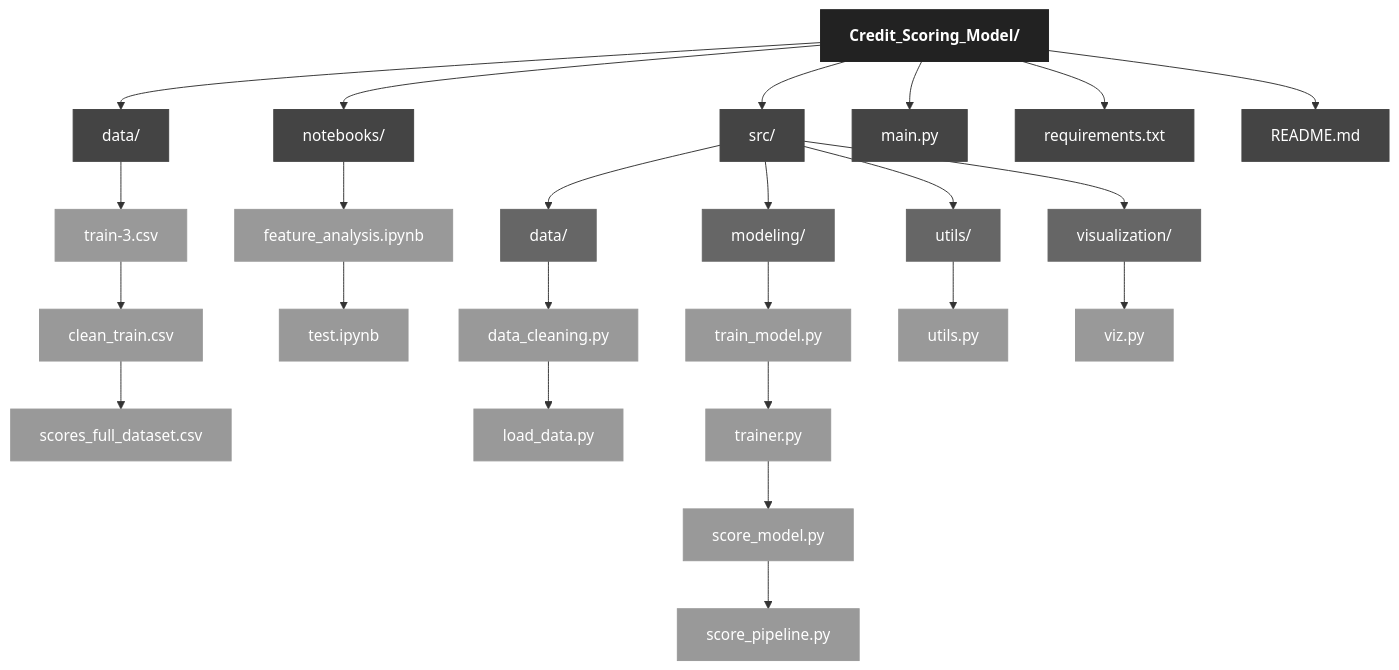
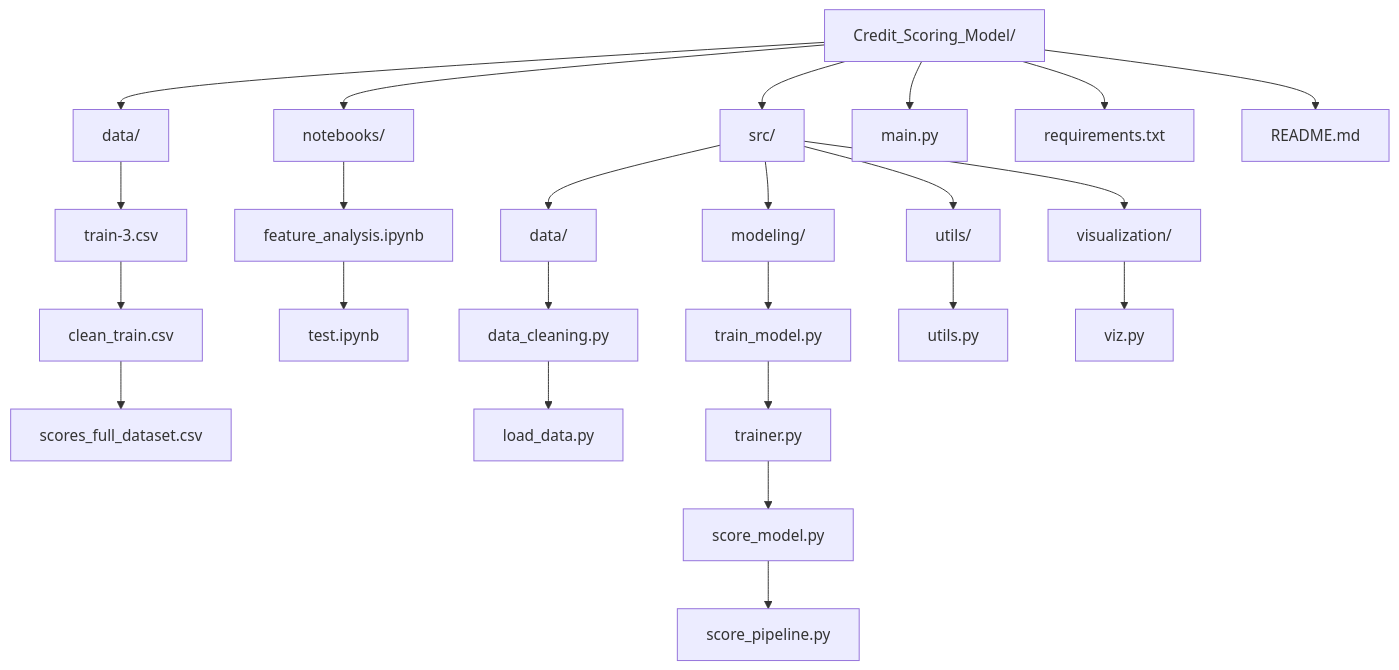
The first of 3 diagrams in README.md (ppmelch/Credit_Scoring_Model), drawn with Mermaid before and after one commit. The commit also changed other lines of this file and 2 other files, not shown here.

````diff
--- a/README.md
+++ b/README.md
@@ -52,63 +60,34 @@
-``` mermaid
+```mermaid
 flowchart TD
     ROOT["Credit_Scoring_Model/"]
 
     ROOT --> DATA["data/"]
     ROOT --> NOTEBOOKS["notebooks/"]
     ROOT --> SRC["src/"]
     ROOT --> MAIN["main.py"]
     ROOT --> REQ["requirements.txt"]
     ROOT --> README["README.md"]
 
     DATA --> D1["train-3.csv"]
     D1 --> D2["clean_train.csv"]
     D2 --> D3["scores_full_dataset.csv"]
 
     NOTEBOOKS --> N1["feature_analysis.ipynb"]
     N1 --> N2["test.ipynb"]
 
     SRC --> SRC_DATA["data/"]
     SRC --> SRC_MOD["modeling/"]
     SRC --> SRC_UTILS["utils/"]
     SRC --> SRC_VIZ["visualization/"]
 
     SRC_DATA --> SD1["data_cleaning.py"]
     SD1 --> SD2["load_data.py"]
 
     SRC_MOD --> SM1["train_model.py"]
     SM1 --> SM2["trainer.py"]
     SM2 --> SM3["score_model.py"]
     SM3 --> SM4["score_pipeline.py"]
 
     SRC_UTILS --> SU1["utils.py"]
-
     SRC_VIZ --> SV1["viz.py"]
-
-    style ROOT fill:#222,stroke:#222,color:#fff,font-weight:bold
-    style DATA fill:#444,stroke:#444,color:#fff
-    style NOTEBOOKS fill:#444,stroke:#444,color:#fff
-    style SRC fill:#444,stroke:#444,color:#fff
-    style MAIN fill:#444,stroke:#444,color:#fff
-    style REQ fill:#444,stroke:#444,color:#fff
-    style README fill:#444,stroke:#444,color:#fff
-
-    style SRC_DATA fill:#666,stroke:#666,color:#fff
-    style SRC_MOD fill:#666,stroke:#666,color:#fff
-    style SRC_UTILS fill:#666,stroke:#666,color:#fff
-    style SRC_VIZ fill:#666,stroke:#666,color:#fff
-
-    style D1 fill:#999,stroke:#999,color:#fff
-    style D2 fill:#999,stroke:#999,color:#fff
-    style D3 fill:#999,stroke:#999,color:#fff
-    style N1 fill:#999,stroke:#999,color:#fff
-    style N2 fill:#999,stroke:#999,color:#fff
-    style SD1 fill:#999,stroke:#999,color:#fff
-    style SD2 fill:#999,stroke:#999,color:#fff
-    style SM1 fill:#999,stroke:#999,color:#fff
-    style SM2 fill:#999,stroke:#999,color:#fff
-    style SM3 fill:#999,stroke:#999,color:#fff
-    style SM4 fill:#999,stroke:#999,color:#fff
-    style SU1 fill:#999,stroke:#999,color:#fff
-    style SV1 fill:#999,stroke:#999,color:#fff
-
 ```
````
